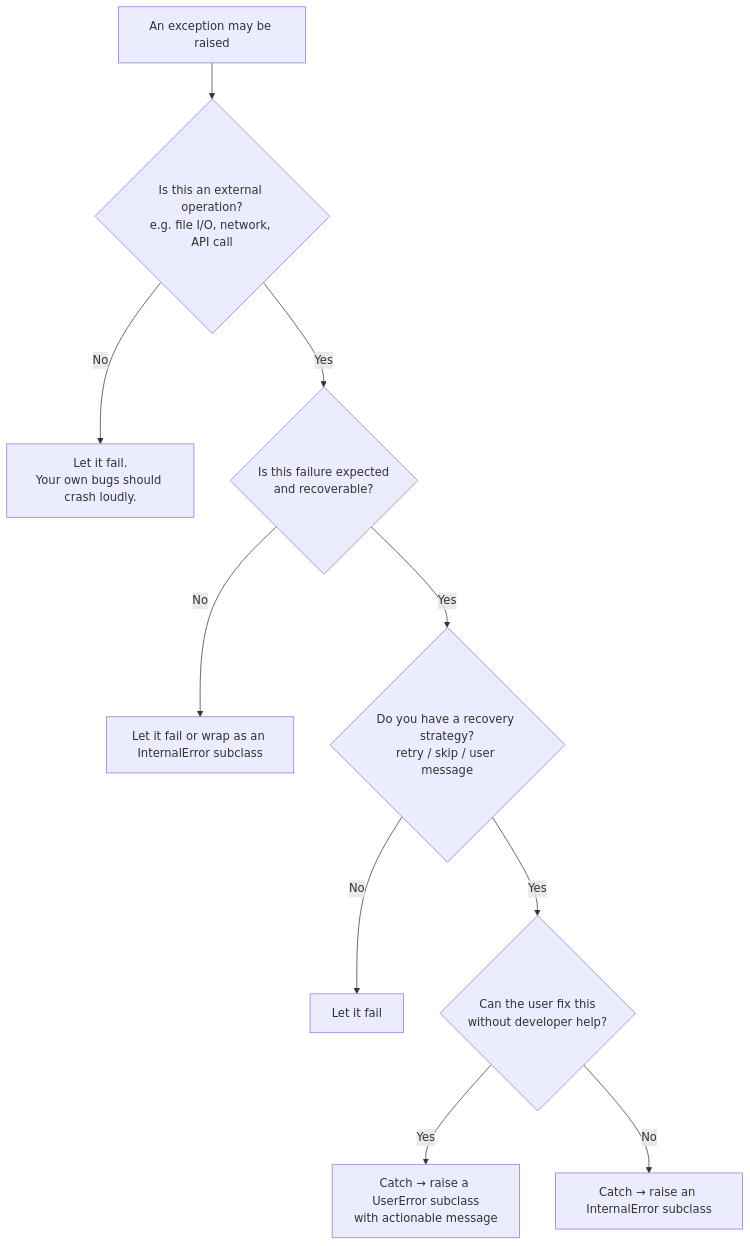
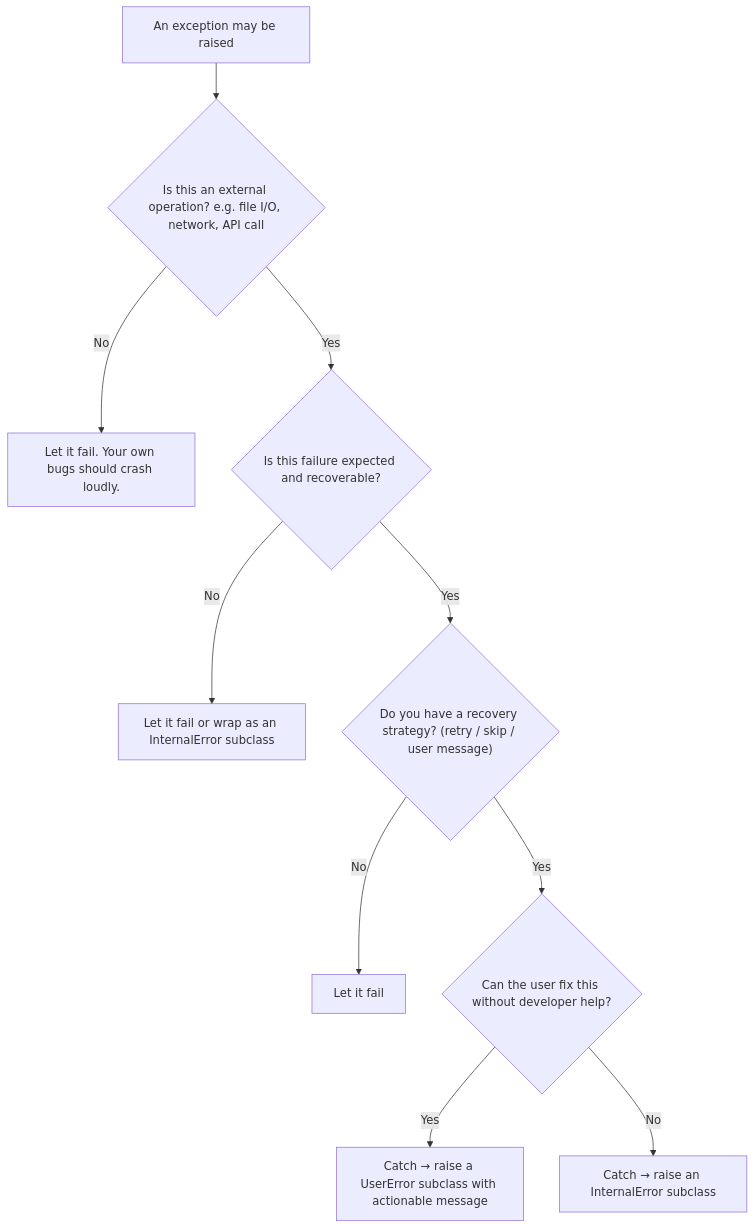
Before and after one commit to dasch-swiss/dsp-tools: the diagram in docs/developers/architecture/error-handling.md, drawn with Mermaid. The commit also changed other lines of this file, not shown here.

Commit message:
manual improvements

````diff
--- a/docs/developers/architecture/error-handling.md
+++ b/docs/developers/architecture/error-handling.md
@@ -89,12 +91,12 @@
 ```mermaid
 flowchart TD
-    A[An exception may be raised] --> B{"Is this an external operation?\ne.g. file I/O, network, API call"}
-    B -- No --> C["Let it fail.\nYour own bugs should crash loudly."]
-    B -- Yes --> D{"Is this failure expected\nand recoverable?"}
+    A[An exception may be raised] --> B{"Is this an external operation? e.g. file I/O, network, API call"}
+    B -- No --> C["Let it fail. Your own bugs should crash loudly."]
+    B -- Yes --> D{"Is this failure expected and recoverable?"}
     D -- No --> E["Let it fail or wrap as an InternalError subclass"]
-    D -- Yes --> F{"Do you have a recovery strategy?\nretry / skip / user message"}
+    D -- Yes --> F{"Do you have a recovery strategy? (retry / skip / user message)"}
     F -- No --> G["Let it fail"]
-    F -- Yes --> H{"Can the user fix this\nwithout developer help?"}
-    H -- Yes --> I["Catch → raise a UserError subclass\nwith actionable message"]
+    F -- Yes --> H{"Can the user fix this without developer help?"}
+    H -- Yes --> I["Catch → raise a UserError subclass with actionable message"]
     H -- No --> J["Catch → raise an InternalError subclass"]
 ```
````
